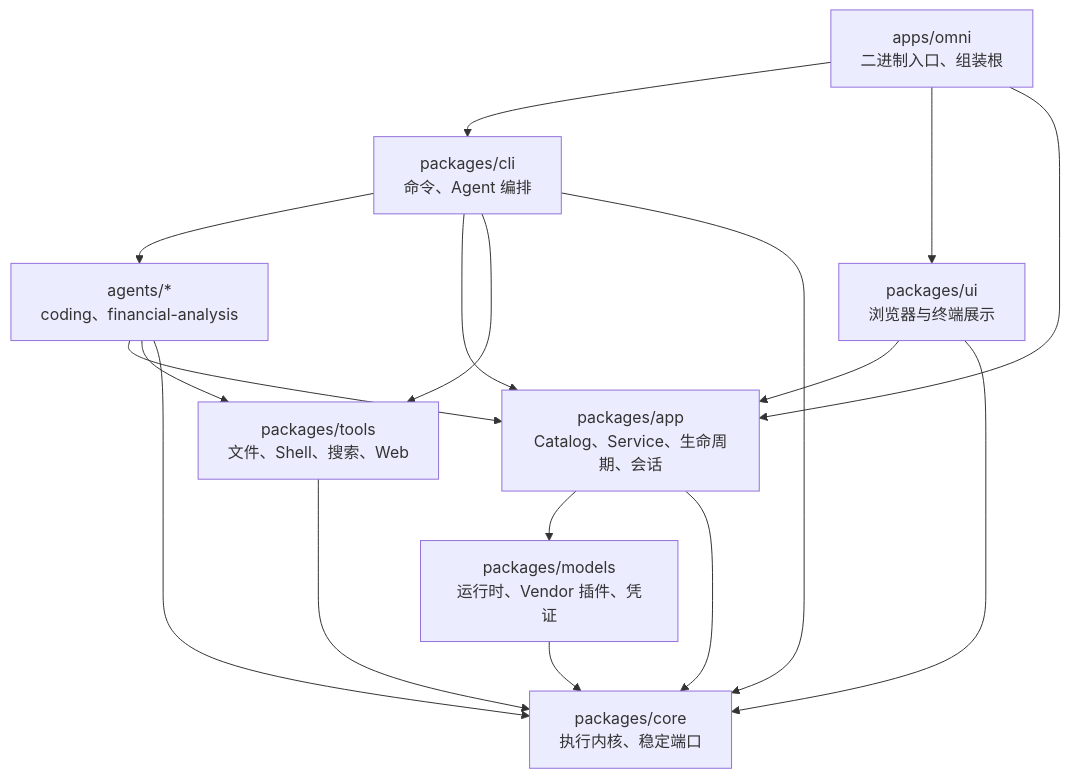
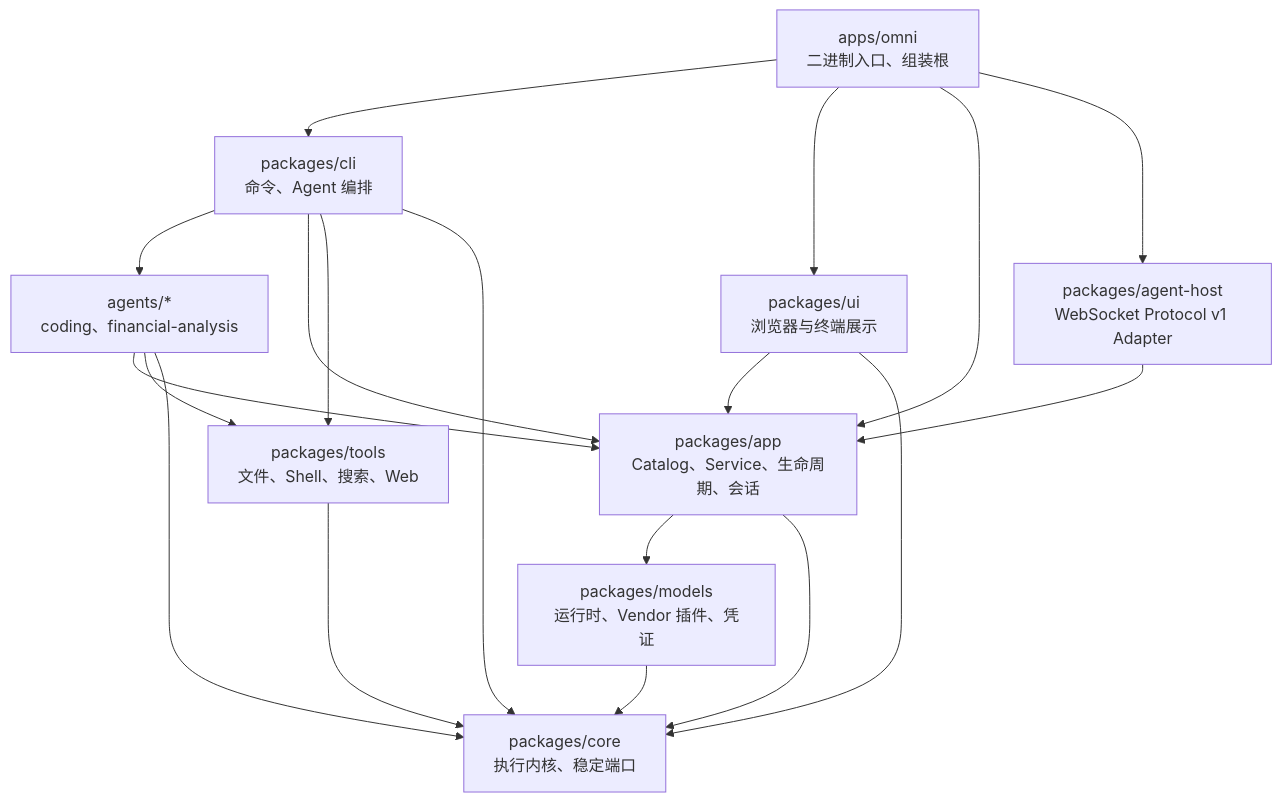
Before and after one commit to xdnloveme/omni-agent: the diagram in README.zh.md, drawn with Mermaid. The commit also changed other lines of this file and 36 other files, not shown here.

Commit message:
feat(agent-host): add authenticated websocket service host

````diff
--- a/README.zh.md
+++ b/README.zh.md
@@ -520,28 +525,31 @@
 ```mermaid
 graph TD
     HOST["apps/omni<br/>二进制入口、组装根"]
     CLI["packages/cli<br/>命令、Agent 编排"]
     AGENTS["agents/*<br/>coding、financial-analysis"]
     APP["packages/app<br/>Catalog、Service、生命周期、会话"]
+    AGENT_HOST["packages/agent-host<br/>WebSocket Protocol v1 Adapter"]
     MODELS["packages/models<br/>运行时、Vendor 插件、凭证"]
     TOOLS["packages/tools<br/>文件、Shell、搜索、Web"]
     UI["packages/ui<br/>浏览器与终端展示"]
     CORE["packages/core<br/>执行内核、稳定端口"]
 
     HOST --> CLI
     HOST --> UI
     HOST --> APP
+    HOST --> AGENT_HOST
+    AGENT_HOST --> APP
     CLI --> AGENTS
     CLI --> APP
     CLI --> TOOLS
     CLI --> CORE
     AGENTS --> APP
     AGENTS --> TOOLS
     UI --> APP
     UI --> CORE
     AGENTS --> CORE
     APP --> MODELS
     APP --> CORE
     MODELS --> CORE
     TOOLS --> CORE
 ```
````
